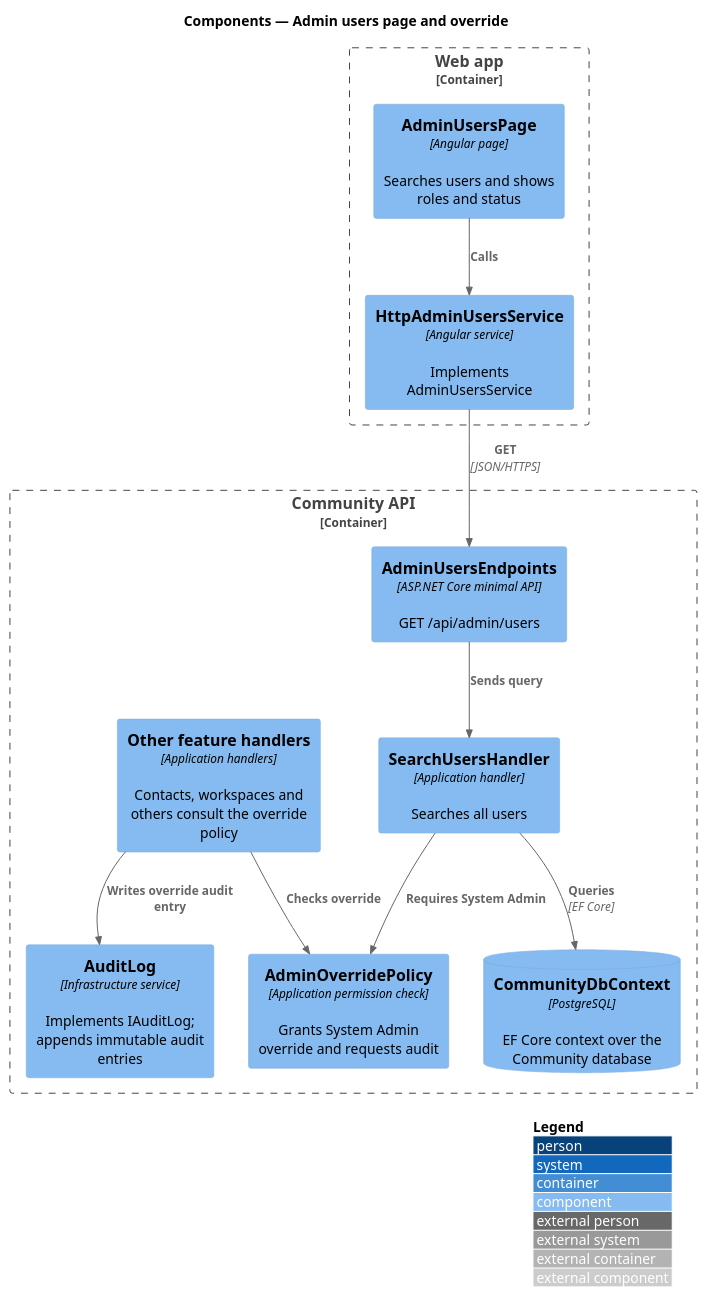
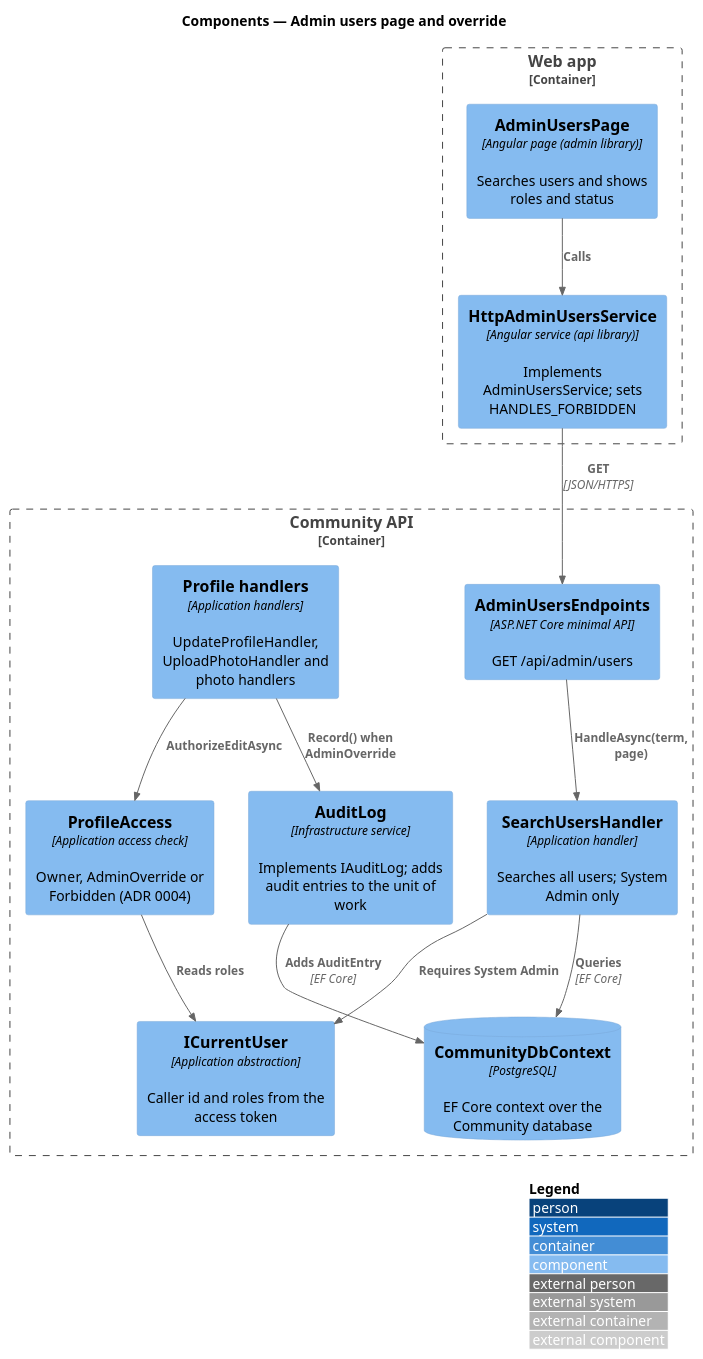
The diagram in docs/detailed-designs/admin/admin-users-and-override/diagrams/c4-component.puml (QuinntyneBrown/faithtech-community), drawn with PlantUML before and after one commit. The commit also changed 67 other files, not shown here.

First line of the commit message:
Align the admin and invites designs and diagrams with the built code

```diff
--- a/docs/detailed-designs/admin/admin-users-and-override/diagrams/c4-component.puml
+++ b/docs/detailed-designs/admin/admin-users-and-override/diagrams/c4-component.puml
@@ -1,24 +1,27 @@
 @startuml
 !include <C4/C4_Component>
 LAYOUT_WITH_LEGEND()
 title Components — Admin users page and override
 Container_Boundary(web, "Web app") {
-  Component(page, "AdminUsersPage", "Angular page", "Searches users and shows roles and status")
-  Component(svc, "HttpAdminUsersService", "Angular service", "Implements AdminUsersService")
+  Component(page, "AdminUsersPage", "Angular page (admin library)", "Searches users and shows roles and status")
+  Component(svc, "HttpAdminUsersService", "Angular service (api library)", "Implements AdminUsersService; sets HANDLES_FORBIDDEN")
 }
 Container_Boundary(api, "Community API") {
   Component(ep, "AdminUsersEndpoints", "ASP.NET Core minimal API", "GET /api/admin/users")
-  Component(h, "SearchUsersHandler", "Application handler", "Searches all users")
-  Component(pol, "AdminOverridePolicy", "Application permission check", "Grants System Admin override and requests audit")
-  Component(other, "Other feature handlers", "Application handlers", "Contacts, workspaces and others consult the override policy")
-  Component(audit, "AuditLog", "Infrastructure service", "Implements IAuditLog; appends immutable audit entries")
+  Component(h, "SearchUsersHandler", "Application handler", "Searches all users; System Admin only")
+  Component(cur, "ICurrentUser", "Application abstraction", "Caller id and roles from the access token")
+  Component(access, "ProfileAccess", "Application access check", "Owner, AdminOverride or Forbidden (ADR 0004)")
+  Component(other, "Profile handlers", "Application handlers", "UpdateProfileHandler, UploadPhotoHandler and photo handlers")
+  Component(audit, "AuditLog", "Infrastructure service", "Implements IAuditLog; adds audit entries to the unit of work")
   ComponentDb(db, "CommunityDbContext", "PostgreSQL", "EF Core context over the Community database")
 }
 Rel(page, svc, "Calls")
 Rel(svc, ep, "GET", "JSON/HTTPS")
-Rel(ep, h, "Sends query")
-Rel(h, pol, "Requires System Admin")
+Rel(ep, h, "HandleAsync(term, page)")
+Rel(h, cur, "Requires System Admin")
 Rel(h, db, "Queries", "EF Core")
-Rel(other, pol, "Checks override")
-Rel(other, audit, "Writes override audit entry")
+Rel(other, access, "AuthorizeEditAsync")
+Rel(access, cur, "Reads roles")
+Rel(other, audit, "Record() when AdminOverride")
+Rel(audit, db, "Adds AuditEntry", "EF Core")
 @enduml
```
